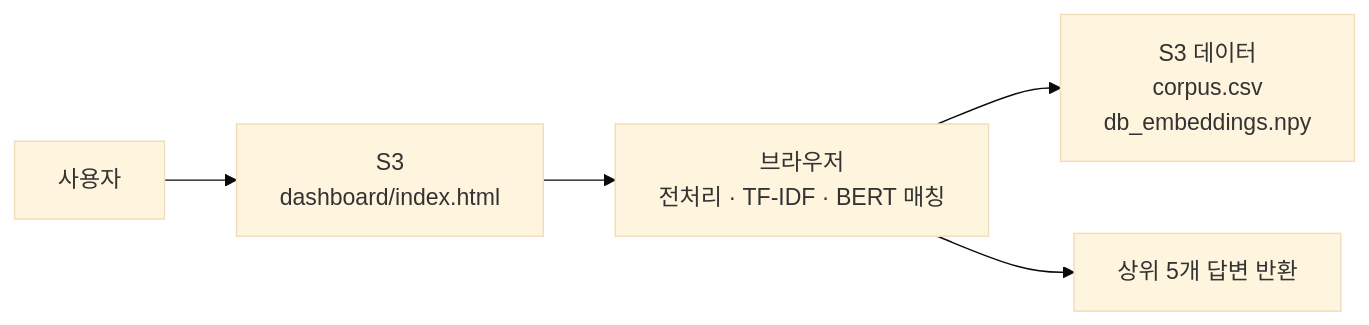
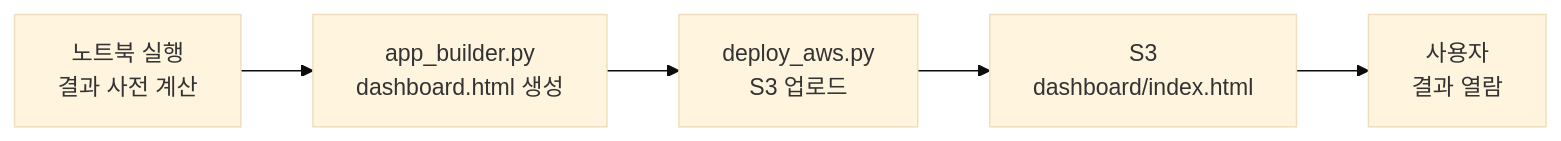
The second of 3 diagrams in README.md (alicesworld88-debug/pet-health-ai), drawn with Mermaid (base theme) before and after one commit. The commit also changed other lines of this file, not shown here.

Commit message:
fix: 현재 인프라 다이어그램 — 실제 정적 배포 흐름으로 수정

````diff
--- a/README.md
+++ b/README.md
@@ -77,7 +77,7 @@
 ```mermaid
 flowchart LR
-    U["사용자"] --> S3["S3\ndashboard/index.html"]
-    S3 --> B["브라우저\n전처리 · TF-IDF · BERT 매칭"]
-    B --> D["S3 데이터\ncorpus.csv\ndb_embeddings.npy"]
-    B --> R["상위 5개 답변 반환"]
+    NB["노트북 실행\n결과 사전 계산"] --> AB["app_builder.py\ndashboard.html 생성"]
+    AB --> DP["deploy_aws.py\nS3 업로드"]
+    DP --> S3["S3\ndashboard/index.html"]
+    S3 --> U["사용자\n결과 열람"]
 ```
````
